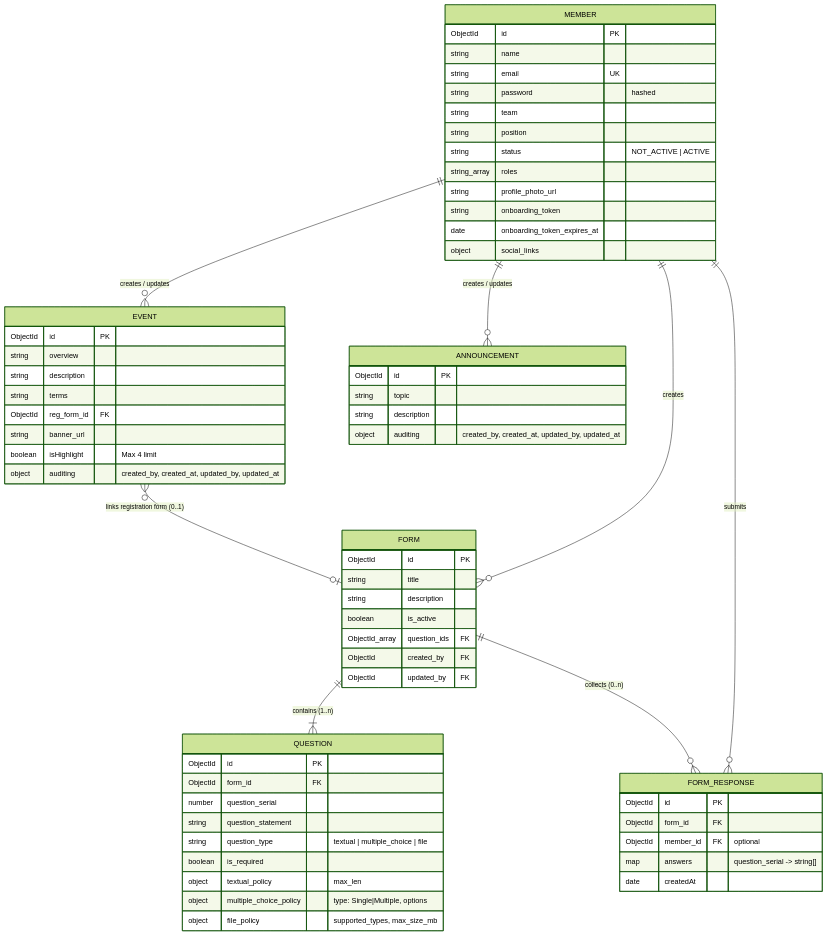
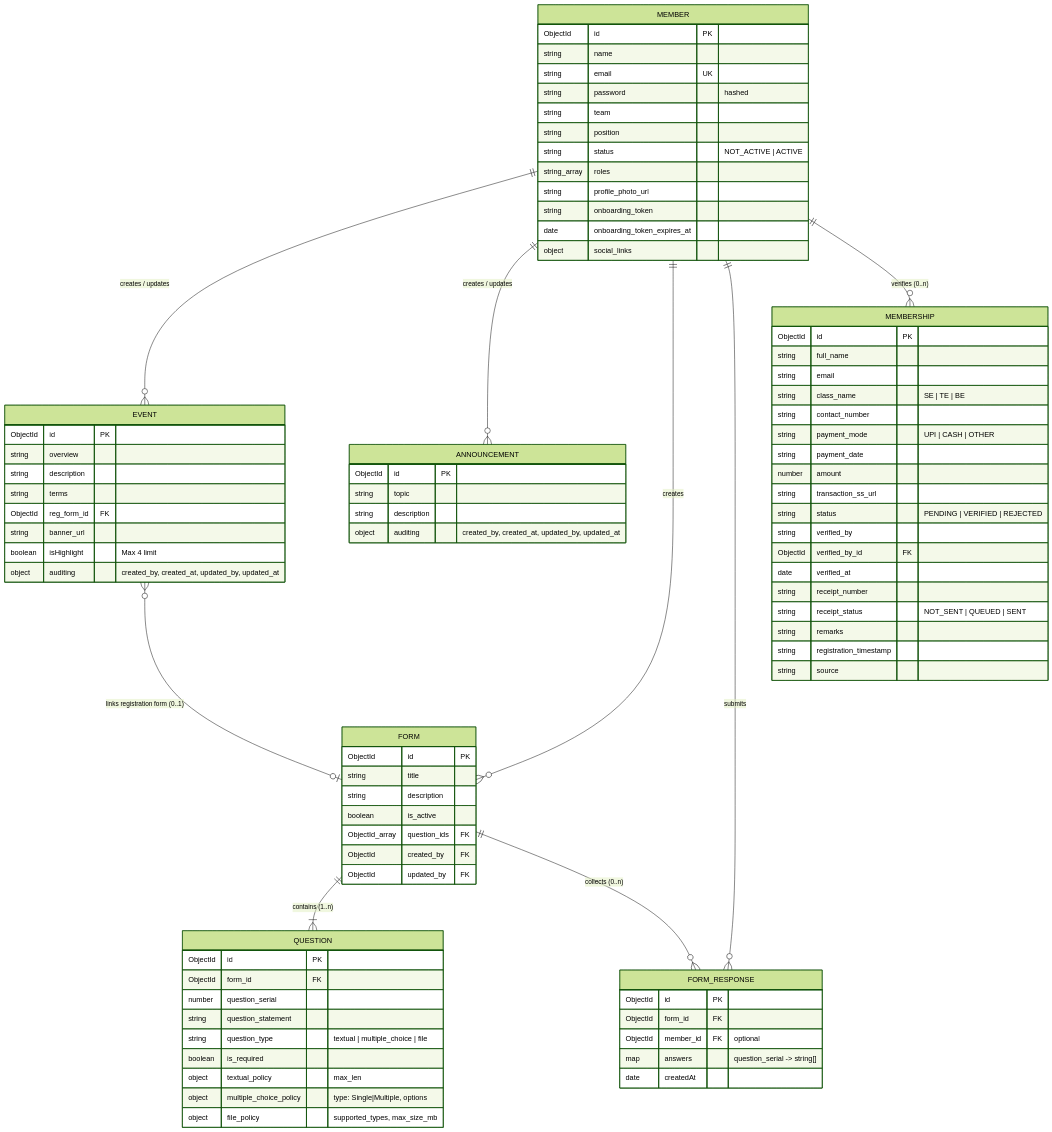
Before and after one commit to ACES-PVGCOET/aces-api: the first of 3 diagrams in docs/API_DESIGN_DOCS.md, drawn with Mermaid (forest theme). The commit also changed other lines of this file and 8 other files, not shown here.

Commit message:
feat: implement membership registration and fee verification system with associated API documentation and middleware controls

```diff
--- a/docs/API_DESIGN_DOCS.md
+++ b/docs/API_DESIGN_DOCS.md
@@ -143,6 +147,7 @@
     MEMBER ||--o{ ANNOUNCEMENT : "creates / updates"
     MEMBER ||--o{ FORM : "creates"
     MEMBER ||--o{ FORM_RESPONSE : "submits"
+    MEMBER ||--o{ MEMBERSHIP : "verifies (0..n)"
     FORM ||--|{ QUESTION : "contains (1..n)"
     FORM ||--o{ FORM_RESPONSE : "collects (0..n)"
     EVENT }o--o| FORM : "links registration form (0..1)"
@@ -160,6 +165,27 @@
         string onboarding_token
         date onboarding_token_expires_at
         object social_links
+    }
+
+    MEMBERSHIP {
+        ObjectId id PK
+        string full_name
+        string email
+        string class_name "SE | TE | BE"
+        string contact_number
+        string payment_mode "UPI | CASH | OTHER"
+        string payment_date
+        number amount
+        string transaction_ss_url
+        string status "PENDING | VERIFIED | REJECTED"
+        string verified_by
+        ObjectId verified_by_id FK
+        date verified_at
+        string receipt_number
+        string receipt_status "NOT_SENT | QUEUED | SENT"
+        string remarks
+        string registration_timestamp
+        string source
     }
 
     EVENT {
```
